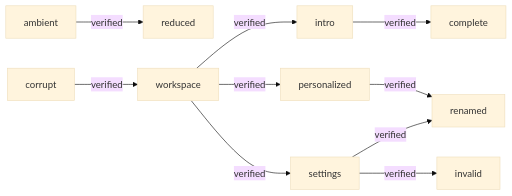
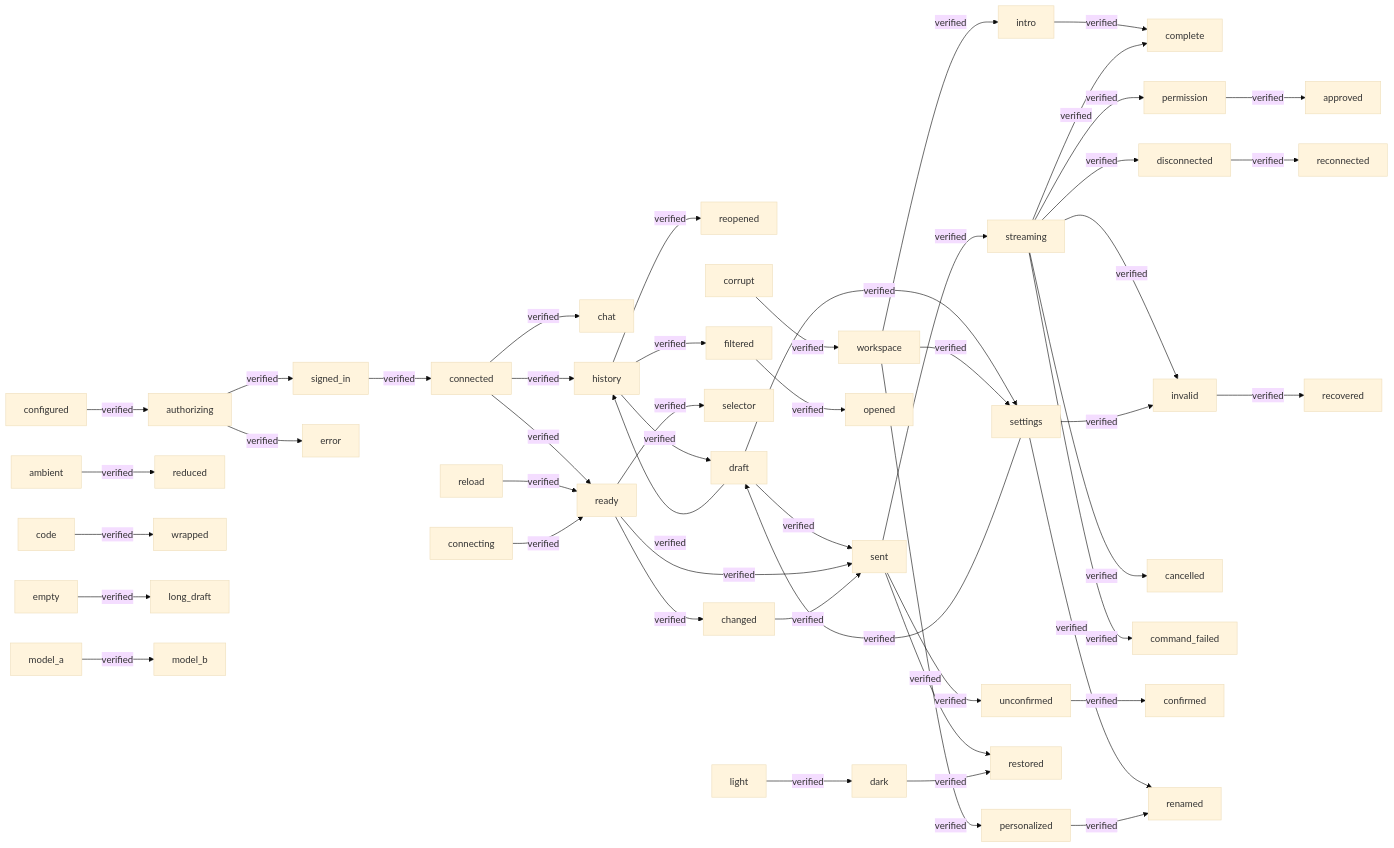
Before and after one commit to wibus-wee/lody-wxt: the diagram in COVERAGE.md, drawn with Mermaid (base theme). The commit also changed other lines of this file and 32 other files, not shown here.

Commit message:
chore(quality): enforce architecture rules and document verified coverage

````diff
--- a/COVERAGE.md
+++ b/COVERAGE.md
@@ -11,12 +11,51 @@
 ```mermaid
 flowchart LR
+  configured -->|"verified"| authorizing
+  authorizing -->|"verified"| signed_in
+  authorizing -->|"verified"| error
   ambient -->|"verified"| reduced
+  connected -->|"verified"| chat
+  code -->|"verified"| wrapped
+  history -->|"verified"| reopened
   workspace -->|"verified"| intro
   intro -->|"verified"| complete
+  sent -->|"verified"| streaming
+  streaming -->|"verified"| complete
+  streaming -->|"verified"| permission
+  permission -->|"verified"| approved
+  streaming -->|"verified"| disconnected
+  disconnected -->|"verified"| reconnected
+  streaming -->|"verified"| invalid
+  invalid -->|"verified"| recovered
+  streaming -->|"verified"| cancelled
+  streaming -->|"verified"| command_failed
+  sent -->|"verified"| unconfirmed
+  unconfirmed -->|"verified"| confirmed
+  connected -->|"verified"| ready
+  draft -->|"verified"| settings
+  settings -->|"verified"| draft
+  draft -->|"verified"| history
+  history -->|"verified"| draft
+  history -->|"verified"| filtered
+  filtered -->|"verified"| opened
+  empty -->|"verified"| long_draft
+  draft -->|"verified"| sent
+  reload -->|"verified"| ready
+  connecting -->|"verified"| ready
+  sent -->|"verified"| restored
+  ready -->|"verified"| selector
+  connected -->|"verified"| history
+  signed_in -->|"verified"| connected
+  model_a -->|"verified"| model_b
+  ready -->|"verified"| sent
+  ready -->|"verified"| changed
+  changed -->|"verified"| sent
+  light -->|"verified"| dark
+  dark -->|"verified"| restored
   workspace -->|"verified"| personalized
   workspace -->|"verified"| settings
   settings -->|"verified"| renamed
   settings -->|"verified"| invalid
   personalized -->|"verified"| renamed
   corrupt -->|"verified"| workspace
 ```
````
